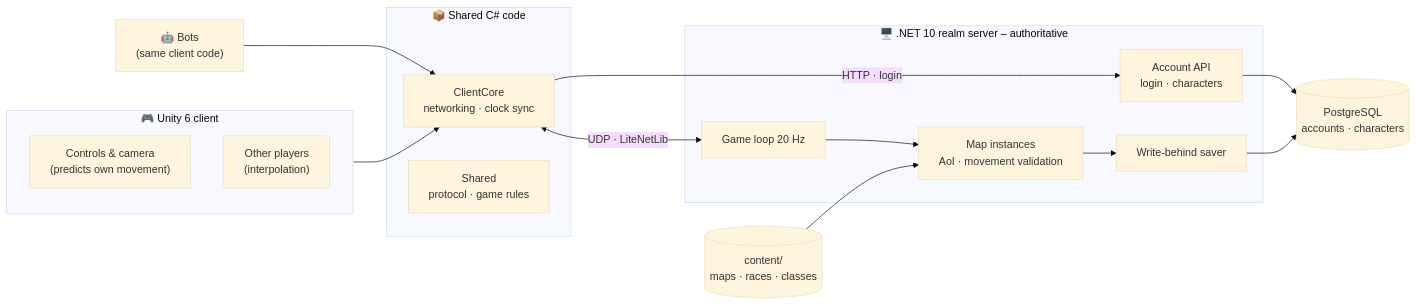
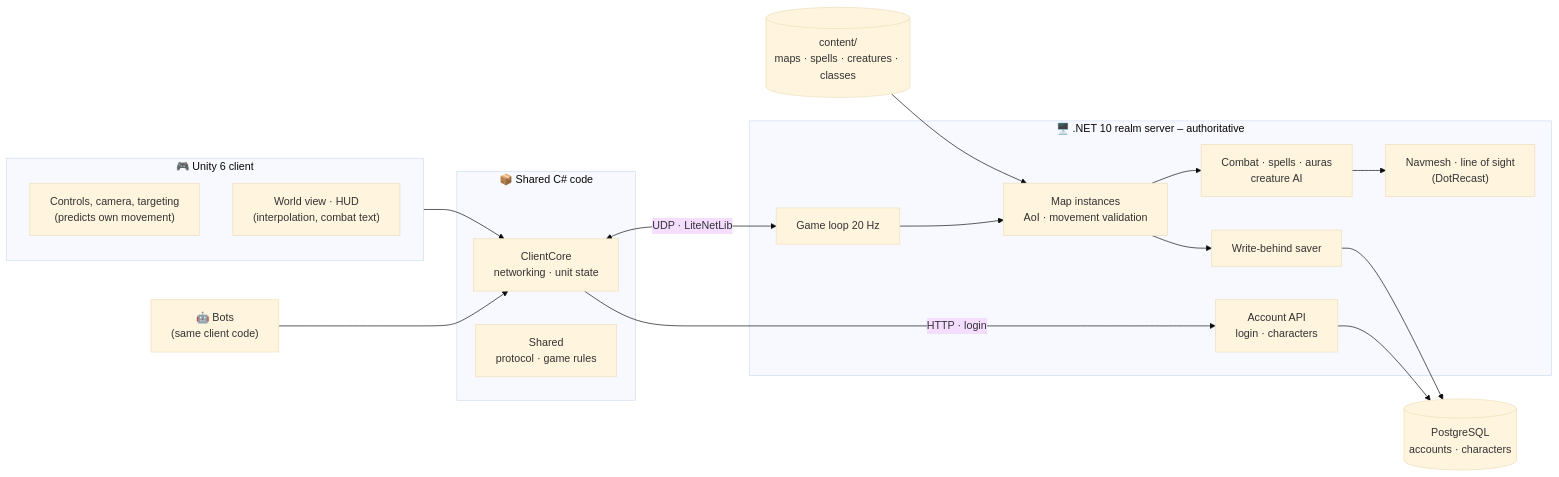
Before and after one commit to Mad-Mange/Madlands: the diagram in README.md, drawn with Mermaid (base theme). The commit also changed other lines of this file and 27 other files, not shown here.

First line of the commit message:
Phase 3: docs, schemas, README images; fix palisade orientation

````diff
--- a/README.md
+++ b/README.md
@@ -113,30 +134,34 @@
 ```mermaid
 flowchart LR
     subgraph client["🎮 Unity 6 client"]
-        input["Controls & camera<br/>(predicts own movement)"]
-        view["Other players<br/>(interpolation)"]
+        input["Controls, camera, targeting<br/>(predicts own movement)"]
+        view["World view · HUD<br/>(interpolation, combat text)"]
     end
     subgraph shared["📦 Shared C# code"]
-        core["ClientCore<br/>networking · clock sync"]
+        core["ClientCore<br/>networking · unit state"]
         sh["Shared<br/>protocol · game rules"]
     end
     subgraph server["🖥️ .NET 10 realm server – authoritative"]
         api["Account API<br/>login · characters"]
         loop["Game loop 20 Hz"]
         maps["Map instances<br/>AoI · movement validation"]
+        combat["Combat · spells · auras<br/>creature AI"]
+        nav["Navmesh · line of sight<br/>(DotRecast)"]
         saver["Write-behind saver"]
         loop --> maps
+        maps --> combat
+        combat --> nav
         maps --> saver
     end
     bots["🤖 Bots<br/>(same client code)"]
-    content[("content/<br/>maps · races · classes")]
+    content[("content/<br/>maps · spells · creatures · classes")]
     db[("PostgreSQL<br/>accounts · characters")]
 
     client --> core
     bots --> core
     core -->|"HTTP · login"| api
     core <-->|"UDP · LiteNetLib"| loop
     content --> maps
     api --> db
     saver --> db
 ```
````
